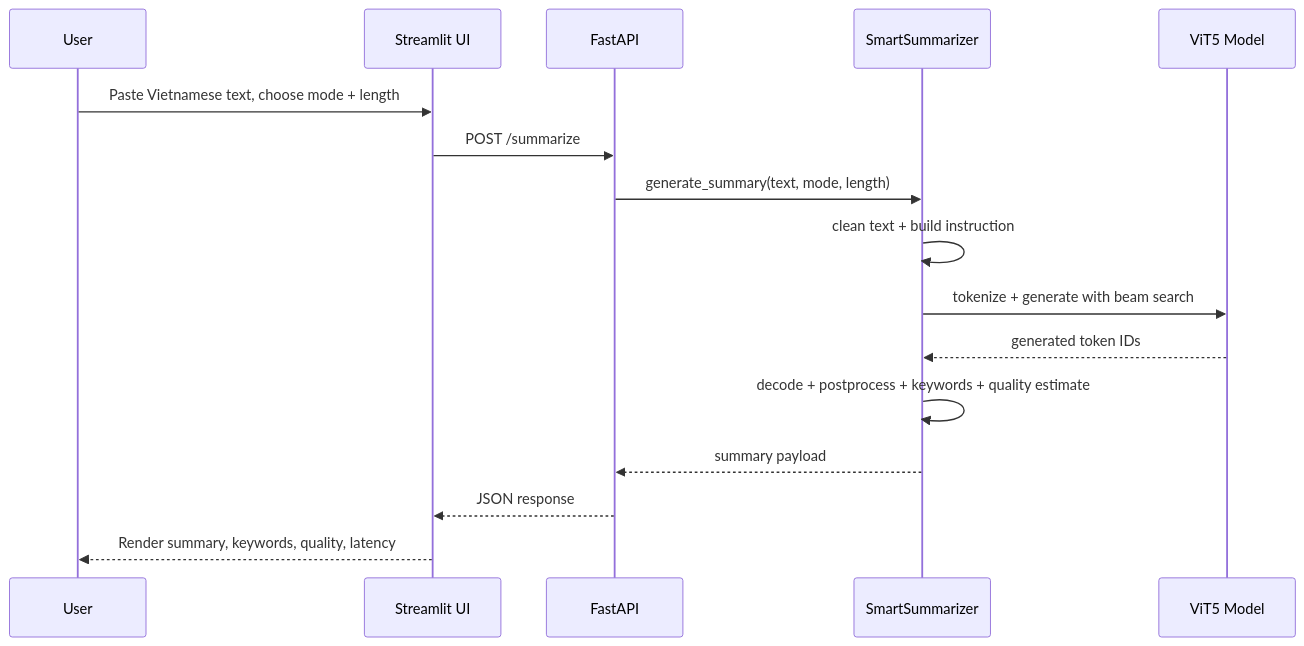
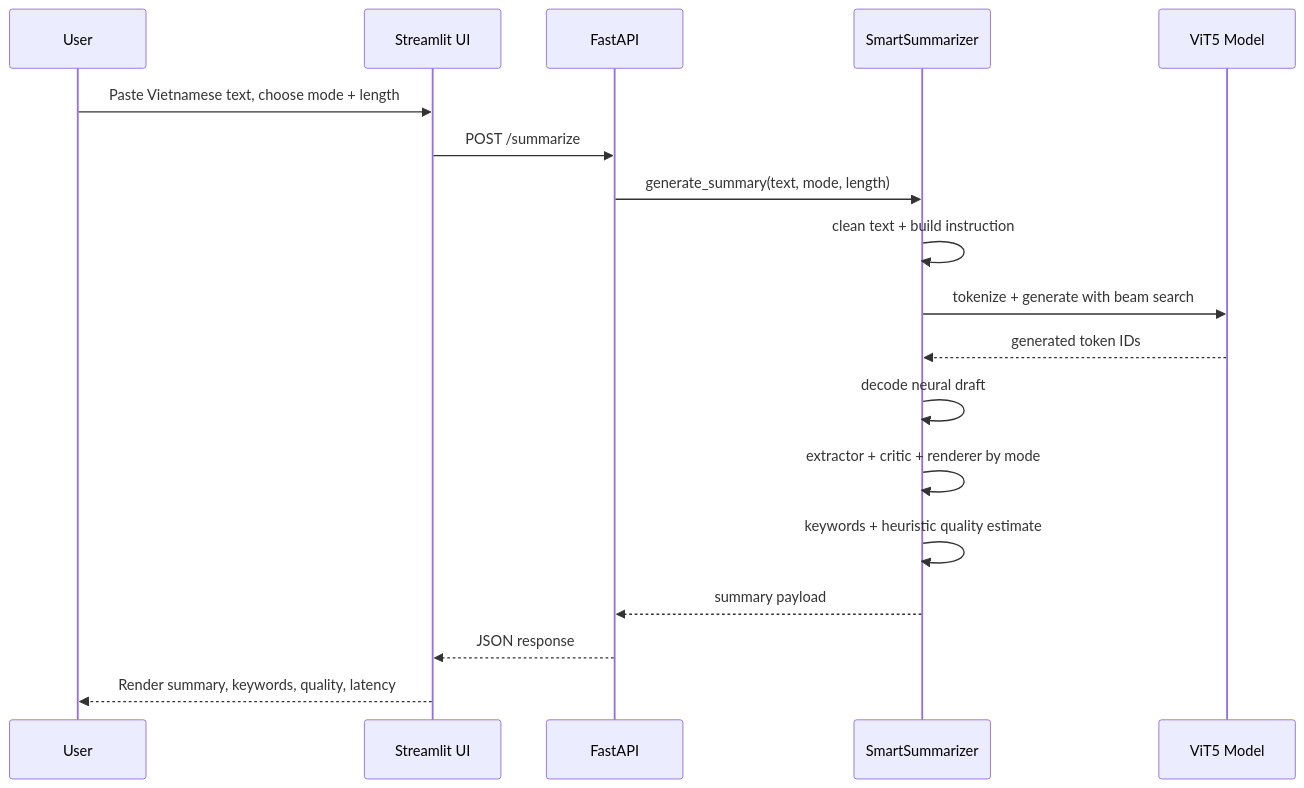
Before and after one commit to CodeDaoVietNam/smart-vietnamese-summarizer: the third of 6 diagrams in docs/ARCHITECTURE.md, drawn with Mermaid. The commit also changed other lines of this file and 34 other files, not shown here.

````diff
--- a/docs/ARCHITECTURE.md
+++ b/docs/ARCHITECTURE.md
@@ -127,19 +128,21 @@
 ```mermaid
 sequenceDiagram
     participant U as User
     participant UI as Streamlit UI
     participant API as FastAPI
     participant S as SmartSummarizer
     participant M as ViT5 Model
 
     U->>UI: Paste Vietnamese text, choose mode + length
     UI->>API: POST /summarize
     API->>S: generate_summary(text, mode, length)
     S->>S: clean text + build instruction
     S->>M: tokenize + generate with beam search
     M-->>S: generated token IDs
-    S->>S: decode + postprocess + keywords + quality estimate
+    S->>S: decode neural draft
+    S->>S: extractor + critic + renderer by mode
+    S->>S: keywords + heuristic quality estimate
     S-->>API: summary payload
     API-->>UI: JSON response
     UI-->>U: Render summary, keywords, quality, latency
 ```
````
